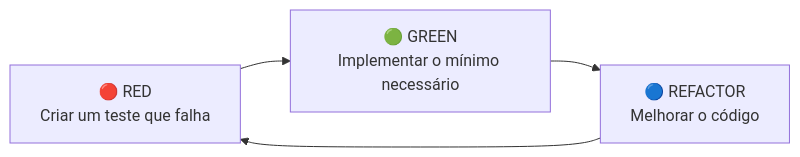
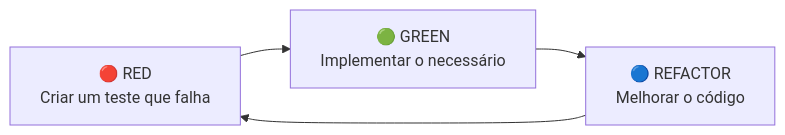
Before and after one commit to Samuel-Ramos-Rodrigues/MerceariaMVC: the first of 3 diagrams in README.md, drawn with Mermaid. The commit also changed other lines of this file, not shown here.

````diff
--- a/README.md
+++ b/README.md
@@ -41,6 +79,6 @@
 ```mermaid
 flowchart LR
-    A[🔴 RED<br/>Criar um teste que falha] --> B[🟢 GREEN<br/>Implementar o mínimo necessário]
+    A[🔴 RED<br/>Criar um teste que falha] --> B[🟢 GREEN<br/>Implementar o necessário]
     B --> C[🔵 REFACTOR<br/>Melhorar o código]
     C --> A
 ```
````
